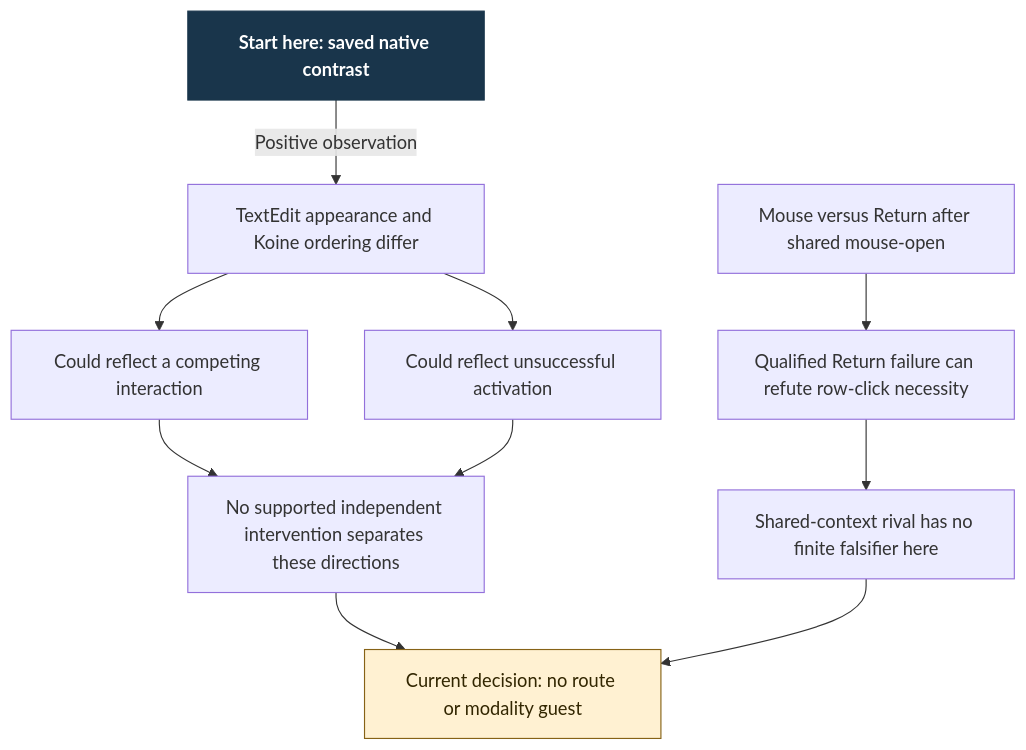
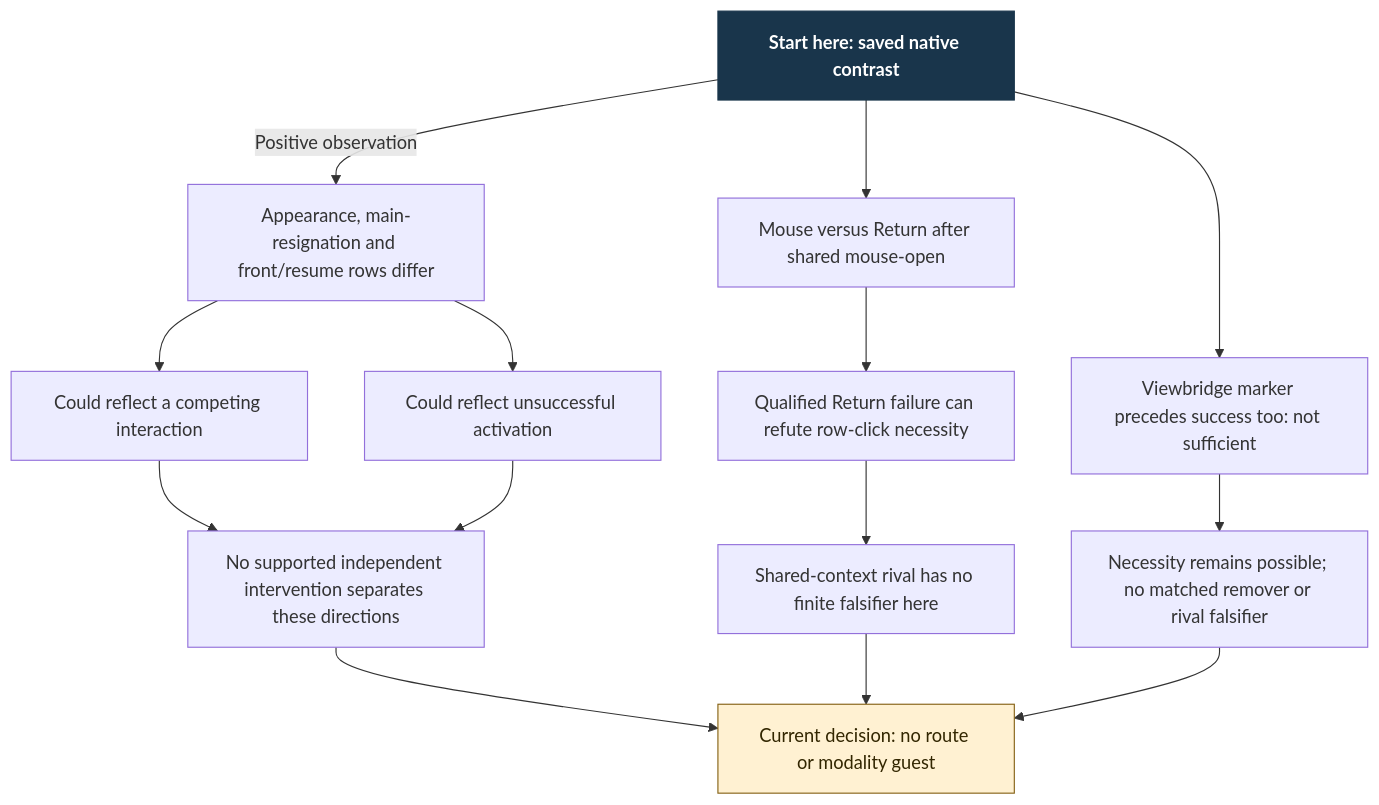
Before and after one commit to Linkuistics/Koine: the diagram in docs/design/architecture/settings-activation/evidence-limit.mmd, drawn with Mermaid. The commit also changed 14 other files, not shown here.

```diff
--- a/docs/design/architecture/settings-activation/evidence-limit.mmd
+++ b/docs/design/architecture/settings-activation/evidence-limit.mmd
@@ -1,13 +1,17 @@
 flowchart TD
     E["Start here: saved native contrast"]:::start
-    E -->|Positive observation| P["TextEdit appearance and Koine ordering differ"]
+    E -->|Positive observation| P["Appearance, main-resignation and front/resume rows differ"]
     P --> A["Could reflect a competing interaction"]
     P --> B["Could reflect unsuccessful activation"]
     A --> G["No supported independent intervention separates these directions"]
     B --> G
     G --> H["Current decision: no route or modality guest"]:::hold
-    M["Mouse versus Return after shared mouse-open"] --> F["Qualified Return failure can refute row-click necessity"]
+    E --> M["Mouse versus Return after shared mouse-open"]
+    M --> F["Qualified Return failure can refute row-click necessity"]
     F --> L["Shared-context rival has no finite falsifier here"]
     L --> H
+    E --> V["Viewbridge marker precedes success too: not sufficient"]
+    V --> N["Necessity remains possible; no matched remover or rival falsifier"]
+    N --> H
     classDef start fill:#19354b,color:#fff,font-weight:bold,stroke:#19354b
     classDef hold fill:#fff1d2,color:#322600,stroke:#866216
```
